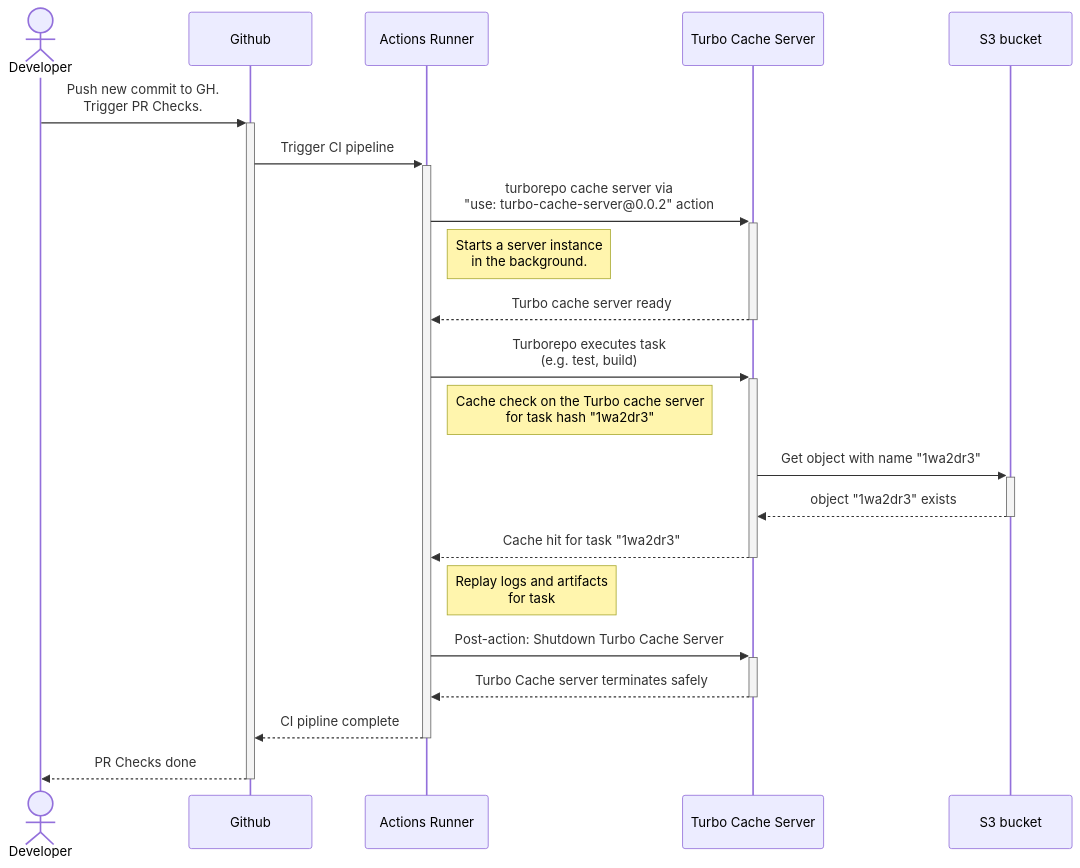
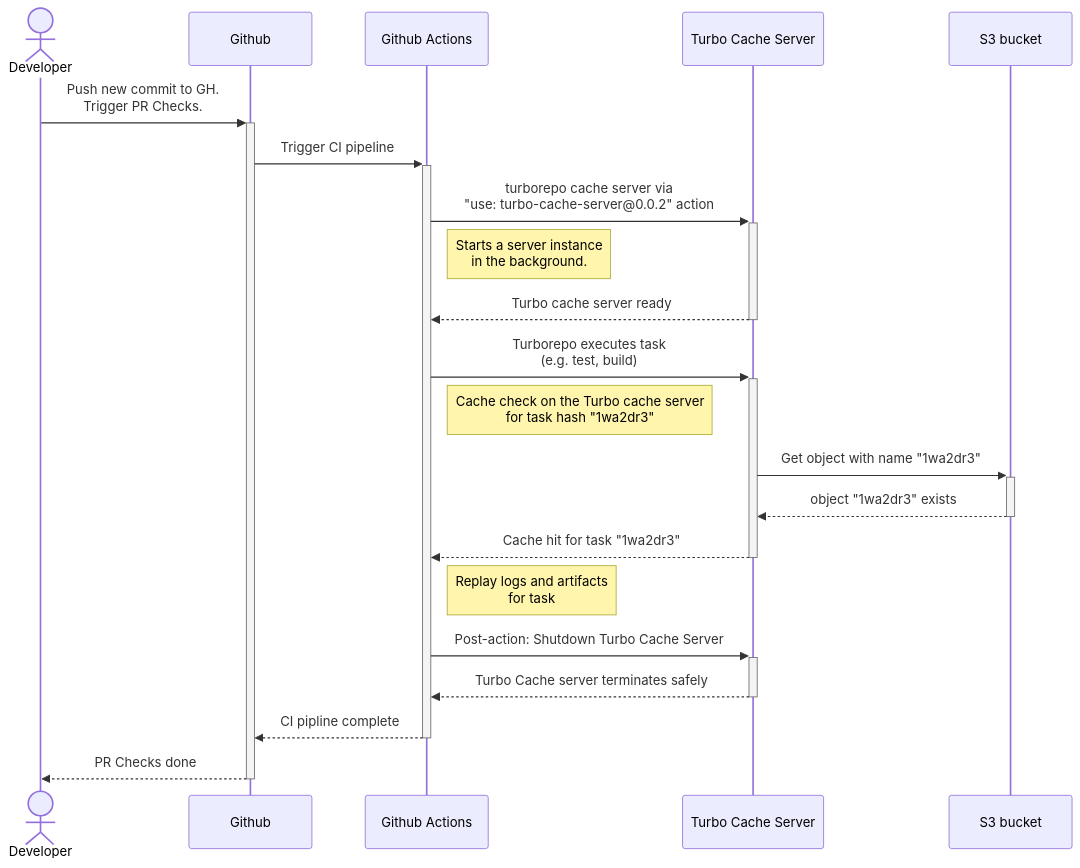
The first of 2 diagrams in README.md (brunojppb/turbo-cache-server), drawn with Mermaid before and after one commit. The commit also changed other lines of this file, not shown here.

Commit message:
Rename actor

````diff
--- a/README.md
+++ b/README.md
@@ -69,23 +69,23 @@
 ```mermaid
 sequenceDiagram
     actor A as Developer
     participant B as Github
-    participant C as Actions Runner
+    participant C as Github Actions
     participant D as Turbo Cache Server
     participant E as S3 bucket
     A->>+B: Push new commit to GH.<br>Trigger PR Checks.
     B->>+C: Trigger CI pipeline
     C->>+D: turborepo cache server via<br/>"use: turbo-cache-server@0.0.2" action
     Note right of C: Starts a server instance<br/> in the background.
     D-->>-C: Turbo cache server ready
     C->>+D: Turborepo executes task<br/>(e.g. test, build)
     Note right of C: Cache check on the Turbo cache server<br/>for task hash "1wa2dr3"
     D->>+E: Get object with name "1wa2dr3"
     E-->>-D: object "1wa2dr3" exists
     D-->>-C: Cache hit for task "1wa2dr3"
     Note right of C: Replay logs and artifacts<br/>for task
     C->>+D: Post-action: Shutdown Turbo Cache Server
     D-->>-C: Turbo Cache server terminates safely
     C-->>-B: CI pipline complete
     B-->>-A: PR Checks done
 ```
````
